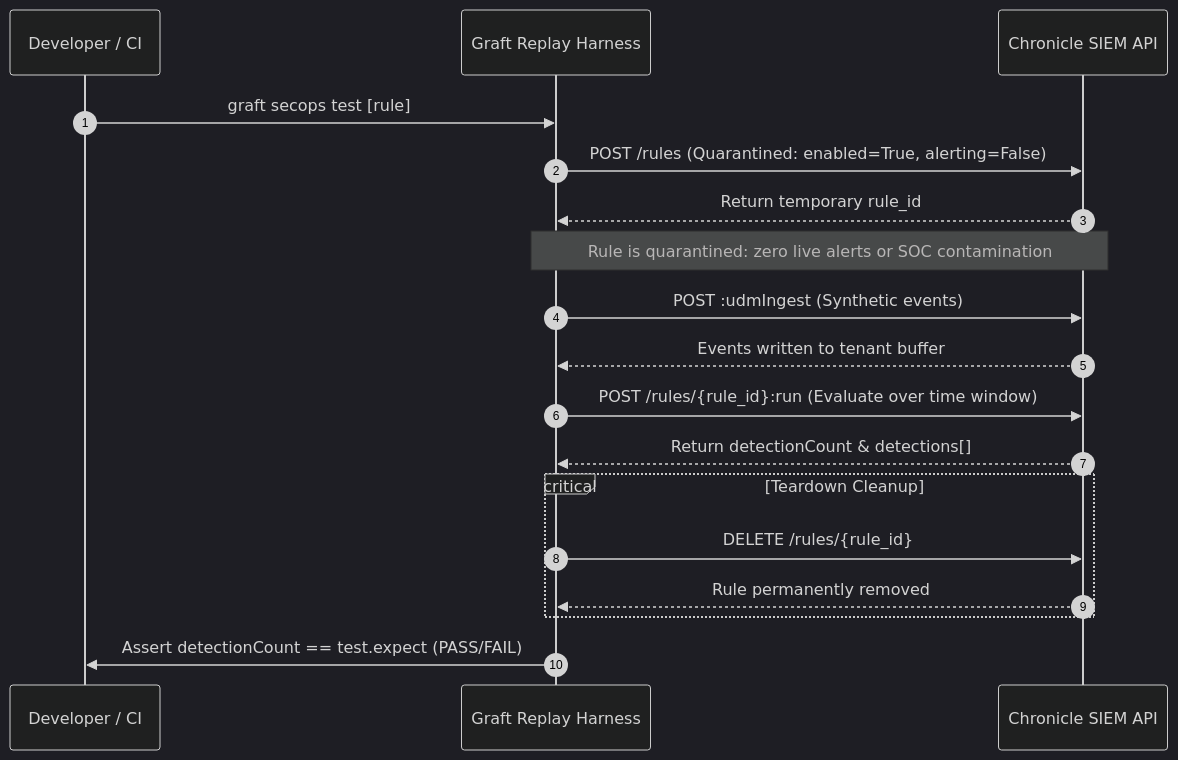
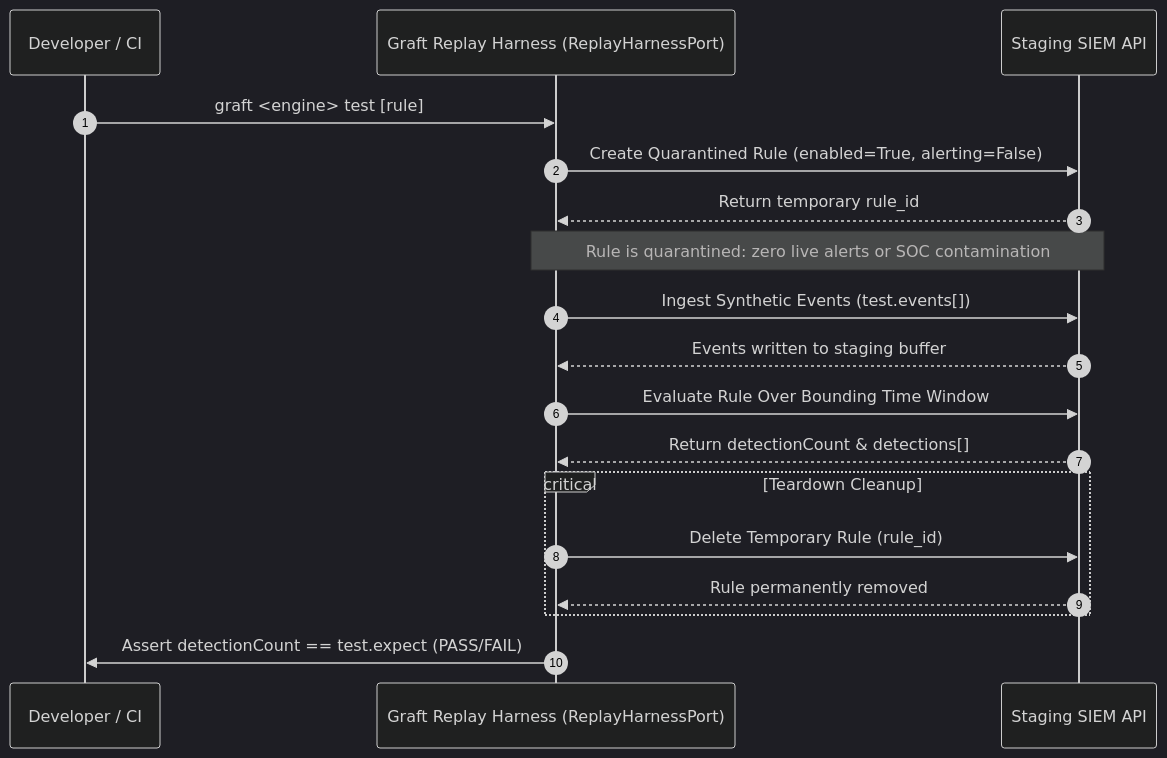
The diagram in docs/analysts/replay_testing.md (lopes/graft), drawn with Mermaid (dark theme) before and after one commit. The commit also changed other lines of this file and 37 other files, not shown here.

````diff
--- a/docs/analysts/replay_testing.md
+++ b/docs/analysts/replay_testing.md
@@ -15,25 +15,25 @@
 ```mermaid
 sequenceDiagram
     autonumber
     participant Dev as Developer / CI
-    participant Graft as Graft Replay Harness
-    participant API as Chronicle SIEM API
+    participant Graft as Graft Replay Harness (ReplayHarnessPort)
+    participant API as Staging SIEM API
 
-    Dev->>Graft: graft secops test [rule]
-    Graft->>API: POST /rules (Quarantined: enabled=True, alerting=False)
+    Dev->>Graft: graft <engine> test [rule]
+    Graft->>API: Create Quarantined Rule (enabled=True, alerting=False)
     API-->>Graft: Return temporary rule_id
     Note over Graft,API: Rule is quarantined: zero live alerts or SOC contamination
 
-    Graft->>API: POST :udmIngest (Synthetic events)
-    API-->>Graft: Events written to tenant buffer
+    Graft->>API: Ingest Synthetic Events (test.events[])
+    API-->>Graft: Events written to staging buffer
 
-    Graft->>API: POST /rules/{rule_id}:run (Evaluate over time window)
+    Graft->>API: Evaluate Rule Over Bounding Time Window
     API-->>Graft: Return detectionCount & detections[]
 
     critical Teardown Cleanup
-        Graft->>API: DELETE /rules/{rule_id}
+        Graft->>API: Delete Temporary Rule (rule_id)
         API-->>Graft: Rule permanently removed
     end
 
     Graft->>Dev: Assert detectionCount == test.expect (PASS/FAIL)
 ```
````
